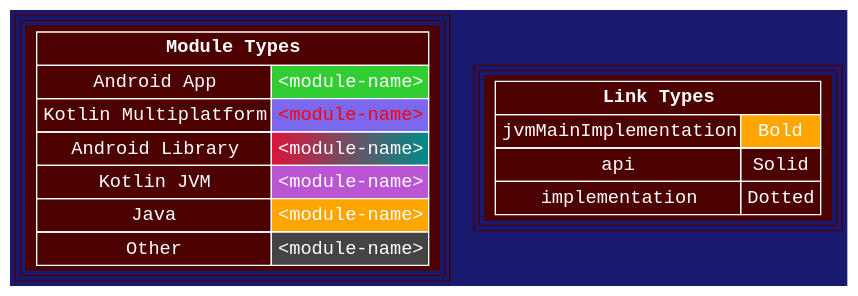
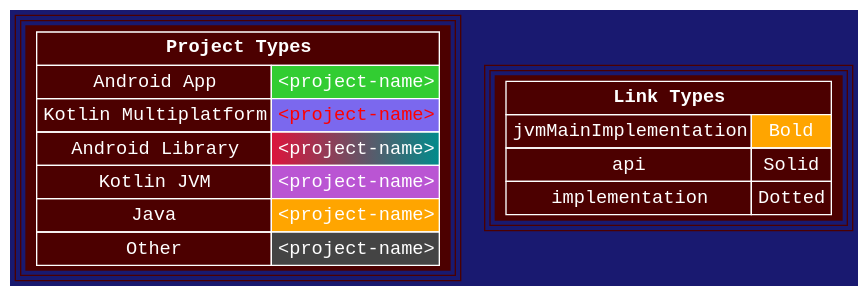
One commit to jonapoul/atlas changed the diagram in samples/sample-graphviz/atlas/legend.dot. Above: the diagram before and after it, drawn with Graphviz. The commit also changed 196 other files, not shown here.

Commit message:
Module -> project (#341)

```diff
--- a/samples/sample-graphviz/atlas/legend.dot
+++ b/samples/sample-graphviz/atlas/legend.dot
@@ -1,24 +1,24 @@
 digraph {
   node [fontname="Courier New",peripheries="3",style="filled",shape="plaintext",color="#4C0000",fontcolor="white"]
   edge [arrowhead="ediamond",arrowtail="none",fontcolor="white",labelfloat="false",color="red"]
   graph [bgcolor="MidnightBlue",fontsize="30",rankdir="TB",ranksep="1.5"]
-  modules [label=<
+  projects [label=<
   <TABLE BORDER="0" CELLBORDER="1" CELLSPACING="0" CELLPADDING="4" COLOR="white">
-    <TR><TD COLSPAN="2"><B>Module Types</B></TD></TR>
-    <TR><TD>Android App</TD><TD BGCOLOR="limegreen">&lt;module-name&gt;</TD></TR>
-    <TR><TD>Kotlin Multiplatform</TD><TD BGCOLOR="mediumslateblue"><FONT COLOR="red">&lt;module-name&gt;</FONT></TD></TR>
-    <TR><TD>Android Library</TD><TD BGCOLOR="crimson:cyan4">&lt;module-name&gt;</TD></TR>
-    <TR><TD>Kotlin JVM</TD><TD BGCOLOR="mediumorchid">&lt;module-name&gt;</TD></TR>
-    <TR><TD>Java</TD><TD BGCOLOR="orange">&lt;module-name&gt;</TD></TR>
-    <TR><TD>Other</TD><TD BGCOLOR="#444444">&lt;module-name&gt;</TD></TR>
+    <TR><TD COLSPAN="2"><B>Project Types</B></TD></TR>
+    <TR><TD>Android App</TD><TD BGCOLOR="limegreen">&lt;project-name&gt;</TD></TR>
+    <TR><TD>Kotlin Multiplatform</TD><TD BGCOLOR="mediumslateblue"><FONT COLOR="red">&lt;project-name&gt;</FONT></TD></TR>
+    <TR><TD>Android Library</TD><TD BGCOLOR="crimson:cyan4">&lt;project-name&gt;</TD></TR>
+    <TR><TD>Kotlin JVM</TD><TD BGCOLOR="mediumorchid">&lt;project-name&gt;</TD></TR>
+    <TR><TD>Java</TD><TD BGCOLOR="orange">&lt;project-name&gt;</TD></TR>
+    <TR><TD>Other</TD><TD BGCOLOR="#444444">&lt;project-name&gt;</TD></TR>
   </TABLE>
   >];
   links [label=<
   <TABLE BORDER="0" CELLBORDER="1" CELLSPACING="0" CELLPADDING="4" COLOR="white">
     <TR><TD COLSPAN="2"><B>Link Types</B></TD></TR>
     <TR><TD>jvmMainImplementation</TD><TD BGCOLOR="orange">Bold</TD></TR>
     <TR><TD>api</TD><TD>Solid</TD></TR>
     <TR><TD>implementation</TD><TD>Dotted</TD></TR>
   </TABLE>
   >];
 }
```
